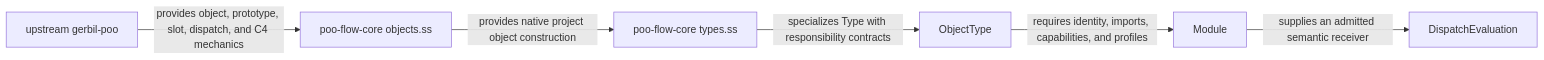
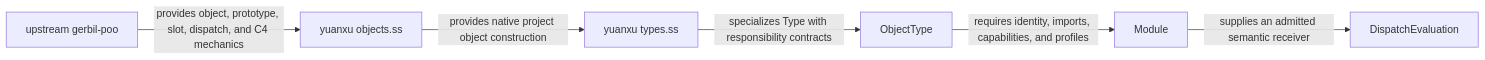
The first of 4 diagrams in module-system/design/45-120-01-poo-native-type-and-contract-prototype-foundation.org (tao3k/gebril-yuanxu), drawn with Mermaid before and after one commit. The commit also changed other lines of this file and 114 other files, not shown here.

```diff
--- a/module-system/design/45-120-01-poo-native-type-and-contract-prototype-foundation.org
+++ b/module-system/design/45-120-01-poo-native-type-and-contract-prototype-foundation.org
@@ -41,8 +41,8 @@
 #+begin_src mermaid
 flowchart LR
-  U["upstream gerbil-poo"] -->|"provides object, prototype, slot, dispatch, and C4 mechanics"| O["poo-flow-core objects.ss"]
-  O -->|"provides native project object construction"| T["poo-flow-core types.ss"]
+  U["upstream gerbil-poo"] -->|"provides object, prototype, slot, dispatch, and C4 mechanics"| O["yuanxu objects.ss"]
+  O -->|"provides native project object construction"| T["yuanxu types.ss"]
   T -->|"specializes Type with responsibility contracts"| OT["ObjectType"]
   OT -->|"requires identity, imports, capabilities, and profiles"| M["Module"]
   M -->|"supplies an admitted semantic receiver"| D["DispatchEvaluation"]
 #+end_src
```
